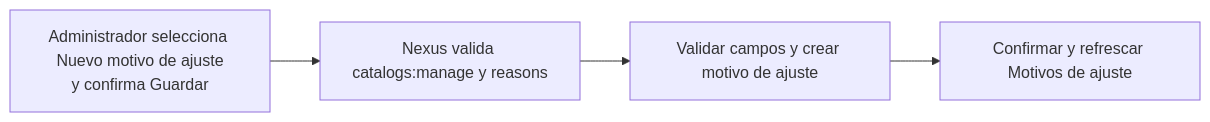
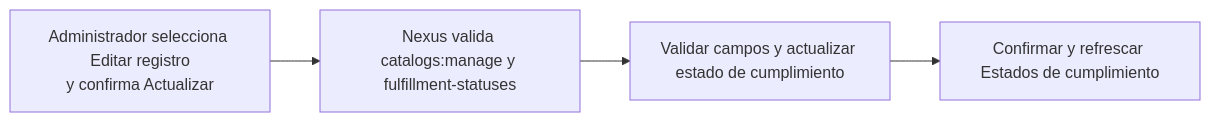
The diagram in docs/requirements/diagrams/catalogs/cu-cat-44.md (gpgsistemas01/nexus), drawn with Mermaid before and after one commit. The commit also changed other lines of this file and 126 other files, not shown here.

````diff
--- a/docs/requirements/diagrams/catalogs/cu-cat-44.md
+++ b/docs/requirements/diagrams/catalogs/cu-cat-44.md
@@ -3,6 +3,6 @@
 ```mermaid
 flowchart LR
-    request["Administrador selecciona Nuevo motivo de ajuste<br/>y confirma Guardar"] --> authorize["Nexus valida catalogs:manage y reasons"]
-    authorize --> persist["Validar campos y crear motivo de ajuste"]
-    persist --> result["Confirmar y refrescar Motivos de ajuste"]
+    request["Administrador selecciona Editar registro<br/>y confirma Actualizar"] --> authorize["Nexus valida catalogs:manage y fulfillment-statuses"]
+    authorize --> persist["Validar campos y actualizar estado de cumplimiento"]
+    persist --> result["Confirmar y refrescar Estados de cumplimiento"]
 ```
````
